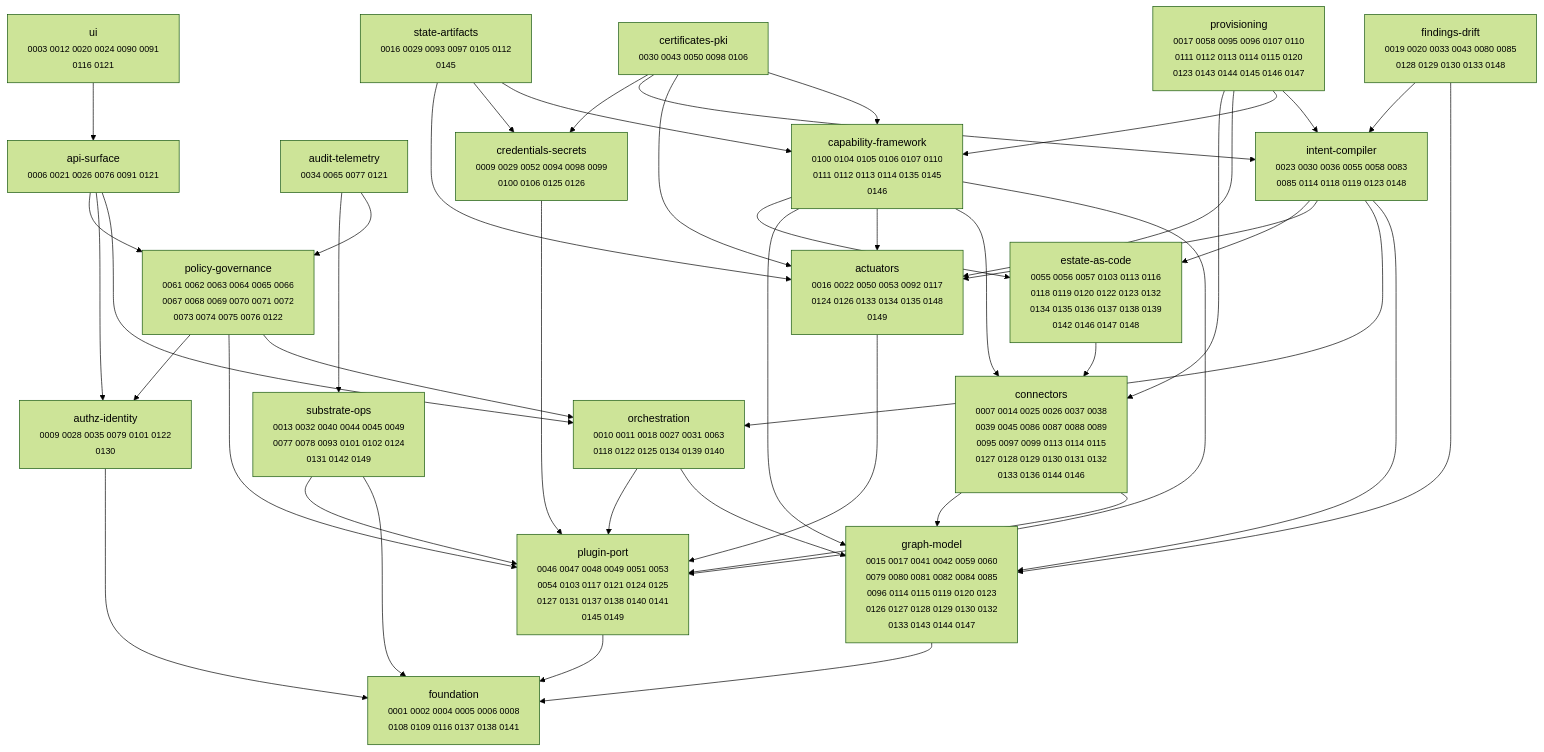
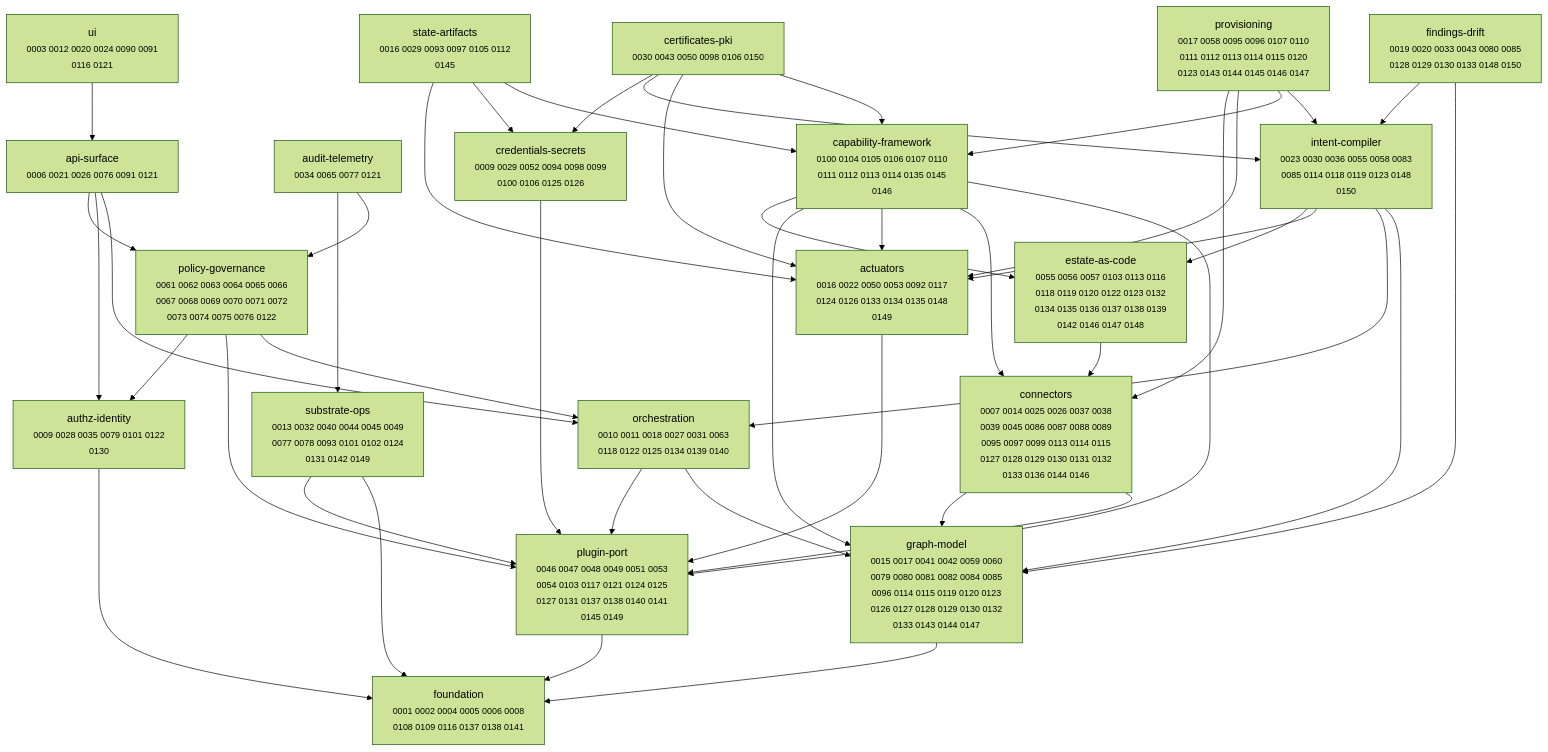
Before and after one commit to dstout-devops/stratt: the diagram in docs/adr/MAP.md, drawn with Mermaid (forest theme). The commit also changed other lines of this file and 2 other files, not shown here.

````diff
--- a/docs/adr/MAP.md
+++ b/docs/adr/MAP.md
@@ -11,67 +11,67 @@
 ```mermaid
 graph TD
   actuators["actuators<br/><small>0016 0022 0050 0053 0092 0117<br/>0124 0126 0133 0134 0135 0148<br/>0149</small>"]
   api_surface["api-surface<br/><small>0006 0021 0026 0076 0091 0121</small>"]
   audit_telemetry["audit-telemetry<br/><small>0034 0065 0077 0121</small>"]
   authz_identity["authz-identity<br/><small>0009 0028 0035 0079 0101 0122<br/>0130</small>"]
   capability_framework["capability-framework<br/><small>0100 0104 0105 0106 0107 0110<br/>0111 0112 0113 0114 0135 0145<br/>0146</small>"]
-  certificates_pki["certificates-pki<br/><small>0030 0043 0050 0098 0106</small>"]
+  certificates_pki["certificates-pki<br/><small>0030 0043 0050 0098 0106 0150</small>"]
   connectors["connectors<br/><small>0007 0014 0025 0026 0037 0038<br/>0039 0045 0086 0087 0088 0089<br/>0095 0097 0099 0113 0114 0115<br/>0127 0128 0129 0130 0131 0132<br/>0133 0136 0144 0146</small>"]
   credentials_secrets["credentials-secrets<br/><small>0009 0029 0052 0094 0098 0099<br/>0100 0106 0125 0126</small>"]
   estate_as_code["estate-as-code<br/><small>0055 0056 0057 0103 0113 0116<br/>0118 0119 0120 0122 0123 0132<br/>0134 0135 0136 0137 0138 0139<br/>0142 0146 0147 0148</small>"]
-  findings_drift["findings-drift<br/><small>0019 0020 0033 0043 0080 0085<br/>0128 0129 0130 0133 0148</small>"]
+  findings_drift["findings-drift<br/><small>0019 0020 0033 0043 0080 0085<br/>0128 0129 0130 0133 0148 0150</small>"]
   foundation["foundation<br/><small>0001 0002 0004 0005 0006 0008<br/>0108 0109 0116 0137 0138 0141</small>"]
   graph_model["graph-model<br/><small>0015 0017 0041 0042 0059 0060<br/>0079 0080 0081 0082 0084 0085<br/>0096 0114 0115 0119 0120 0123<br/>0126 0127 0128 0129 0130 0132<br/>0133 0143 0144 0147</small>"]
-  intent_compiler["intent-compiler<br/><small>0023 0030 0036 0055 0058 0083<br/>0085 0114 0118 0119 0123 0148</small>"]
+  intent_compiler["intent-compiler<br/><small>0023 0030 0036 0055 0058 0083<br/>0085 0114 0118 0119 0123 0148<br/>0150</small>"]
   orchestration["orchestration<br/><small>0010 0011 0018 0027 0031 0063<br/>0118 0122 0125 0134 0139 0140</small>"]
   plugin_port["plugin-port<br/><small>0046 0047 0048 0049 0051 0053<br/>0054 0103 0117 0121 0124 0125<br/>0127 0131 0137 0138 0140 0141<br/>0145 0149</small>"]
   policy_governance["policy-governance<br/><small>0061 0062 0063 0064 0065 0066<br/>0067 0068 0069 0070 0071 0072<br/>0073 0074 0075 0076 0122</small>"]
   provisioning["provisioning<br/><small>0017 0058 0095 0096 0107 0110<br/>0111 0112 0113 0114 0115 0120<br/>0123 0143 0144 0145 0146 0147</small>"]
   state_artifacts["state-artifacts<br/><small>0016 0029 0093 0097 0105 0112<br/>0145</small>"]
   substrate_ops["substrate-ops<br/><small>0013 0032 0040 0044 0045 0049<br/>0077 0078 0093 0101 0102 0124<br/>0131 0142 0149</small>"]
   ui["ui<br/><small>0003 0012 0020 0024 0090 0091<br/>0116 0121</small>"]
 
   actuators --> plugin_port
   api_surface --> orchestration
   api_surface --> authz_identity
   api_surface --> policy_governance
   audit_telemetry --> policy_governance
   audit_telemetry --> substrate_ops
   authz_identity --> foundation
   capability_framework --> plugin_port
   capability_framework --> connectors
   capability_framework --> actuators
   capability_framework --> graph_model
   capability_framework --> estate_as_code
   certificates_pki --> capability_framework
   certificates_pki --> actuators
   certificates_pki --> intent_compiler
   certificates_pki --> credentials_secrets
   connectors --> plugin_port
   connectors --> graph_model
   credentials_secrets --> plugin_port
   estate_as_code --> connectors
   findings_drift --> graph_model
   findings_drift --> intent_compiler
   graph_model --> foundation
   intent_compiler --> graph_model
   intent_compiler --> orchestration
   intent_compiler --> actuators
   intent_compiler --> estate_as_code
   orchestration --> graph_model
   orchestration --> plugin_port
   plugin_port --> foundation
   policy_governance --> orchestration
   policy_governance --> plugin_port
   policy_governance --> authz_identity
   provisioning --> intent_compiler
   provisioning --> capability_framework
   provisioning --> actuators
   provisioning --> connectors
   state_artifacts --> capability_framework
   state_artifacts --> credentials_secrets
   state_artifacts --> actuators
   substrate_ops --> foundation
   substrate_ops --> plugin_port
   ui --> api_surface
 ```
````
